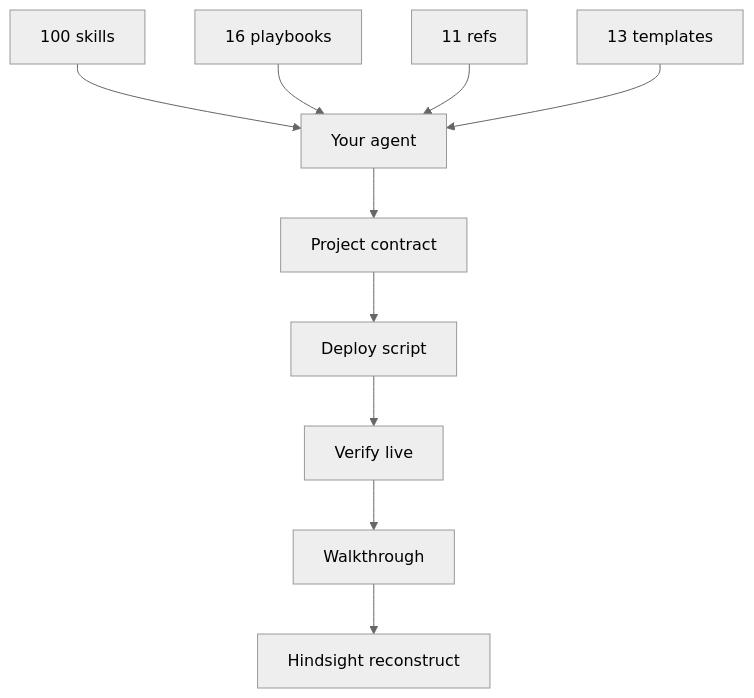
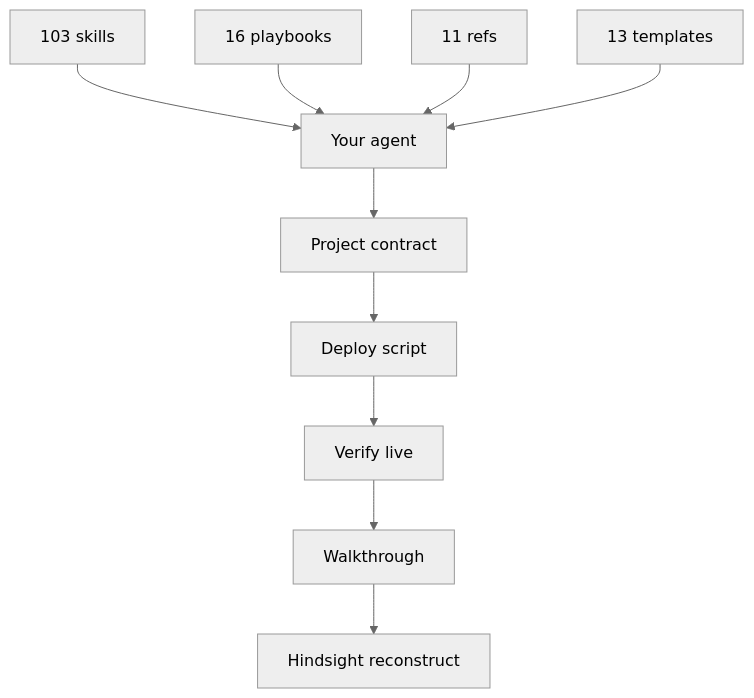
Before and after one commit to Nonarkara/dr-non-vibecoding-skills: the third of 3 diagrams in README.md, drawn with Mermaid (neutral theme). The commit also changed other lines of this file and 7 other files, not shown here.

First line of the commit message:
feat: 3 new skills from ecosystem survey — browser-use, diagram-design, research-methodology

````diff
--- a/README.md
+++ b/README.md
@@ -372,12 +372,12 @@
 ```mermaid
 flowchart TB
-  S["100 skills"] --> A["Your agent"]
+  S["103 skills"] --> A["Your agent"]
   P["16 playbooks"] --> A
   R["11 refs"] --> A
   T["13 templates"] --> A
   A --> W["Project contract"]
   W --> D["Deploy script"]
   D --> V["Verify live"]
   V --> H["Walkthrough"]
   H --> L["Hindsight reconstruct"]
 ```
````
